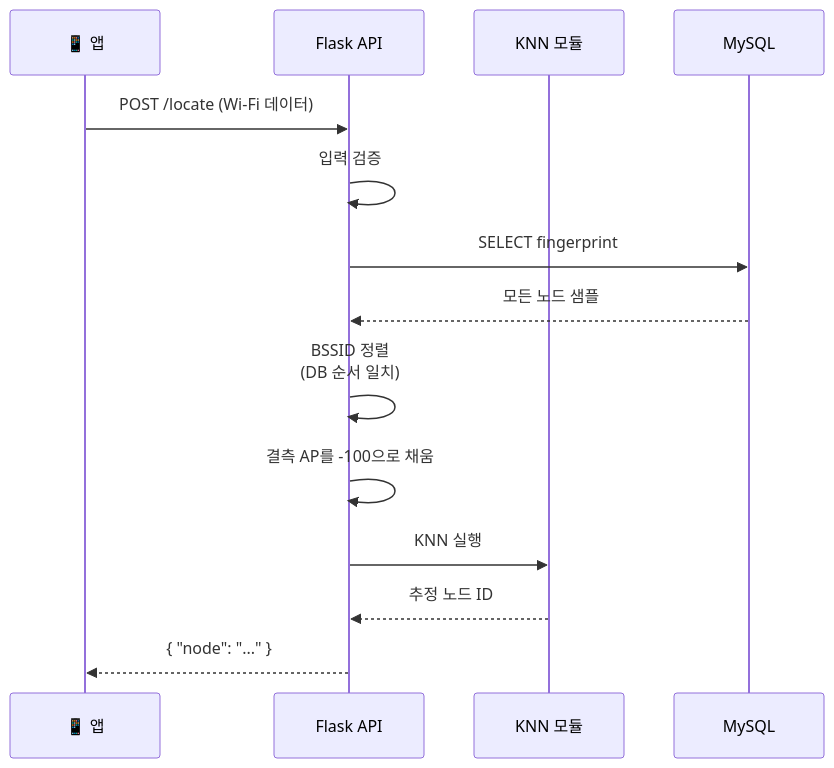
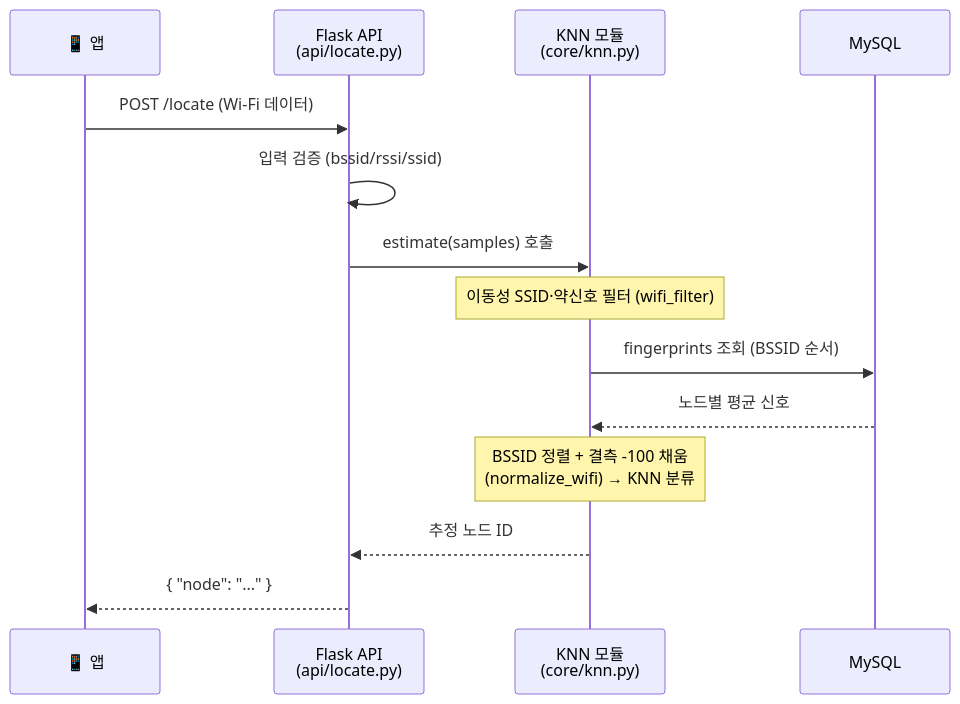
One commit to hwagyeong-a/subway-navigation-server changed the first of 2 diagrams in docs/05-API명세.md. Above: the diagram before and after it, drawn with Mermaid. The commit also changed other lines of this file and 3 other files, not shown here.

First line of the commit message:
feat(locate): server-side SSID filter + doc fixes (#2~#5)

````diff
--- a/docs/05-API명세.md
+++ b/docs/05-API명세.md
@@ -47,17 +47,17 @@
 ```mermaid
 sequenceDiagram
     participant App as 📱 앱
-    participant API as Flask API
-    participant KNN as KNN 모듈
+    participant API as Flask API<br/>(api/locate.py)
+    participant KNN as KNN 모듈<br/>(core/knn.py)
     participant DB as MySQL
 
     App->>API: POST /locate (Wi-Fi 데이터)
-    API->>API: 입력 검증
-    API->>DB: SELECT fingerprint
-    DB-->>API: 모든 노드 샘플
-    API->>API: BSSID 정렬<br/>(DB 순서 일치)
-    API->>API: 결측 AP를 -100으로 채움
-    API->>KNN: KNN 실행
+    API->>API: 입력 검증 (bssid/rssi/ssid)
+    API->>KNN: estimate(samples) 호출
+    Note over KNN: 이동성 SSID·약신호 필터 (wifi_filter)
+    KNN->>DB: fingerprints 조회 (BSSID 순서)
+    DB-->>KNN: 노드별 평균 신호
+    Note over KNN: BSSID 정렬 + 결측 -100 채움<br/>(normalize_wifi) → KNN 분류
     KNN-->>API: 추정 노드 ID
     API-->>App: { "node": "..." }
 ```
````
